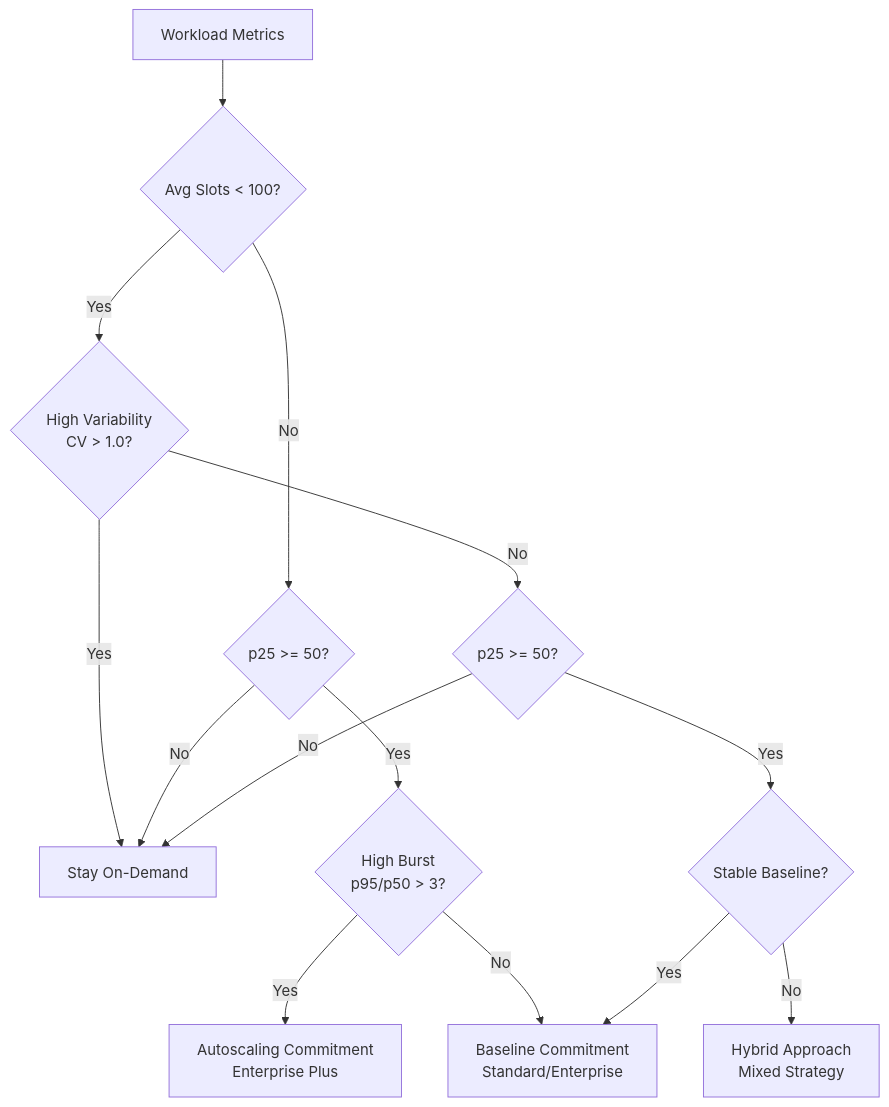
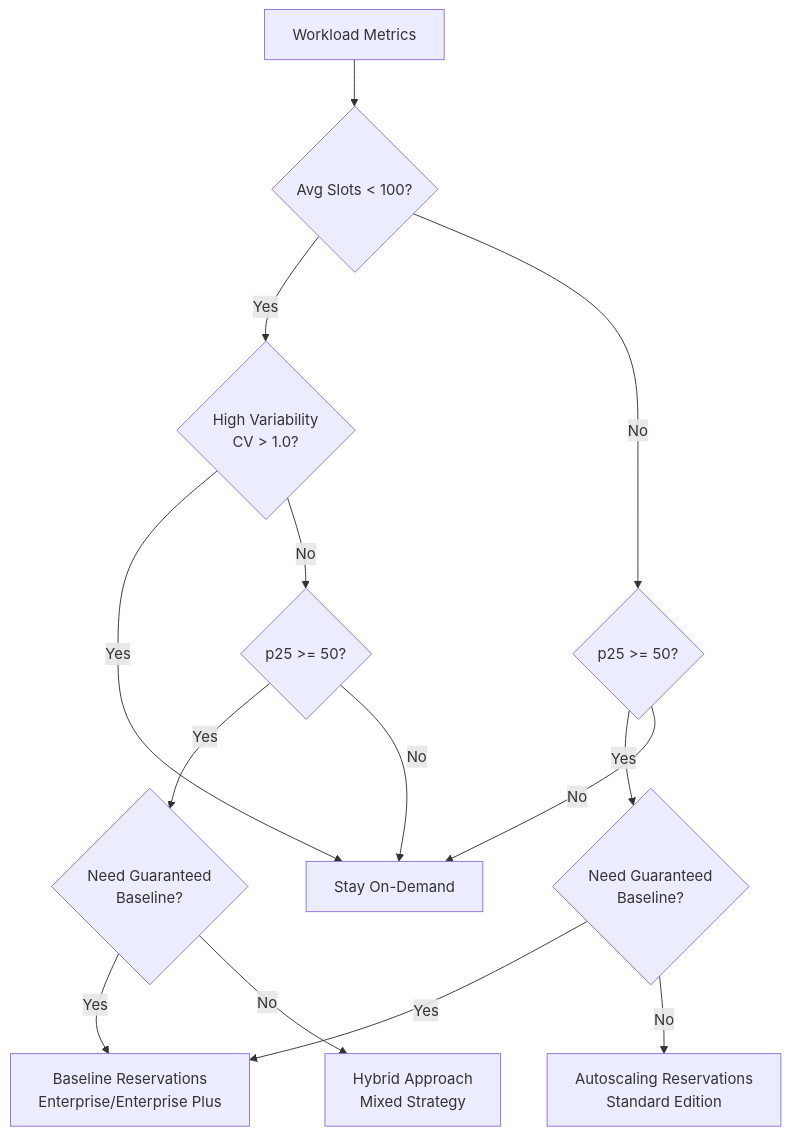
One commit to johanesalxd/random-stuff changed the second of 2 diagrams in bq_finops_cookbook/README.md. Above: the diagram before and after it, drawn with Mermaid. The commit also changed other lines of this file and 1 other file, not shown here.

Commit message:
fixing enterprise/standard editions requirements

````diff
--- a/bq_finops_cookbook/README.md
+++ b/bq_finops_cookbook/README.md
@@ -99,16 +99,16 @@
 ```mermaid
 graph TD
     A[Workload Metrics] --> B{Avg Slots < 100?}
     B -->|Yes| C{High Variability<br/>CV > 1.0?}
     B -->|No| D{p25 >= 50?}
     C -->|Yes| E[Stay On-Demand]
     C -->|No| F{p25 >= 50?}
-    D -->|Yes| G{High Burst<br/>p95/p50 > 3?}
+    D -->|Yes| G{Need Guaranteed<br/>Baseline?}
     D -->|No| E
-    F -->|Yes| H{Stable Baseline?}
+    F -->|Yes| H{Need Guaranteed<br/>Baseline?}
     F -->|No| E
-    G -->|Yes| I[Autoscaling Commitment<br/>Enterprise Plus]
-    G -->|No| J[Baseline Commitment<br/>Standard/Enterprise]
-    H -->|Yes| J
+    G -->|Yes| I[Baseline Reservations<br/>Enterprise/Enterprise Plus]
+    G -->|No| J[Autoscaling Reservations<br/>Standard Edition]
+    H -->|Yes| I
     H -->|No| K[Hybrid Approach<br/>Mixed Strategy]
 ```
````
